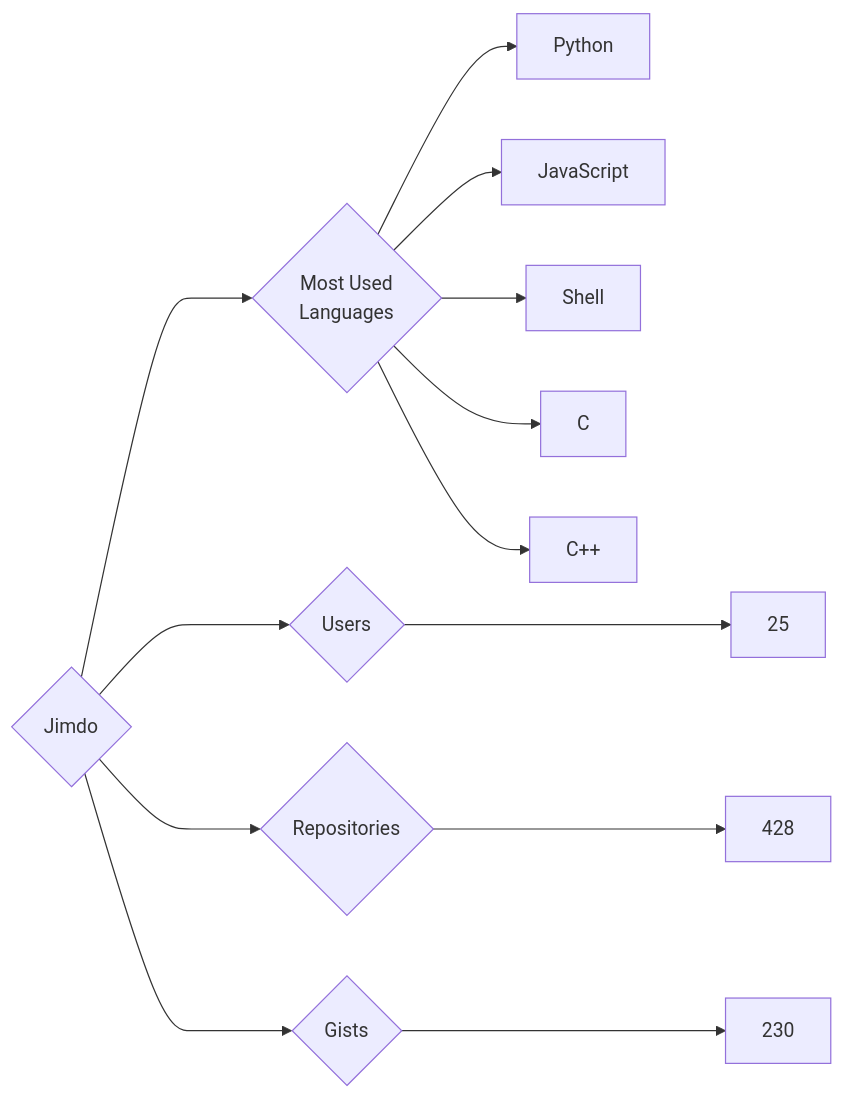
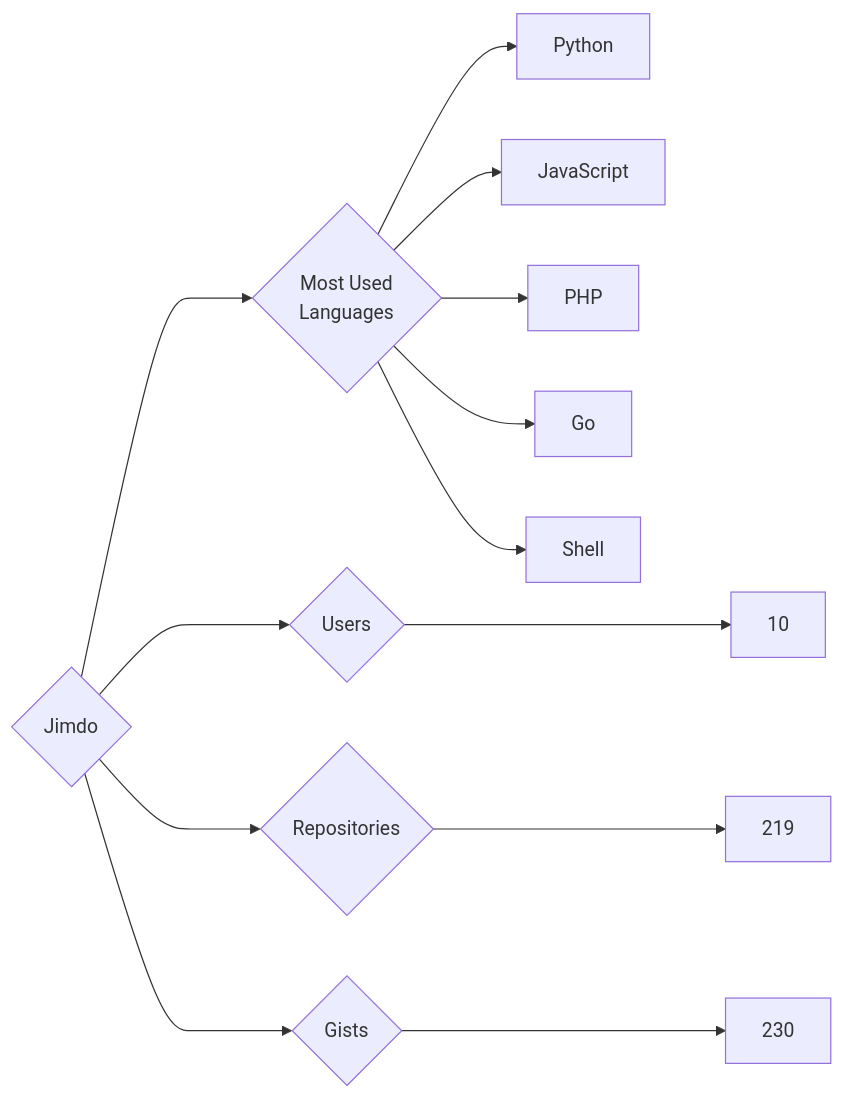
One commit to trickest/insiders changed the diagram in targets/Jimdo/README.md. Above: the diagram before and after it, drawn with Mermaid. The commit also changed 873 other files, not shown here.

````diff
--- a/targets/Jimdo/README.md
+++ b/targets/Jimdo/README.md
@@ -3,13 +3,13 @@
 ```mermaid
 graph LR
 COMPANY_NAME{Jimdo}
-COMPANY_NAME ---> U{Users} ---> UN[25]
-COMPANY_NAME ---> R{Repositories} ---> RN[428]
+COMPANY_NAME ---> U{Users} ---> UN[10]
+COMPANY_NAME ---> R{Repositories} ---> RN[219]
 COMPANY_NAME ---> G{Gists} ---> GN[230]
 COMPANY_NAME ---> ML{Most Used<br>Languages}
 ML --> Python[Python]
 ML --> JavaScript[JavaScript]
+ML --> PHP[PHP]
+ML --> Go[Go]
 ML --> Shell[Shell]
-ML --> C[C]
-ML --> C++[C++]
 ```
````
